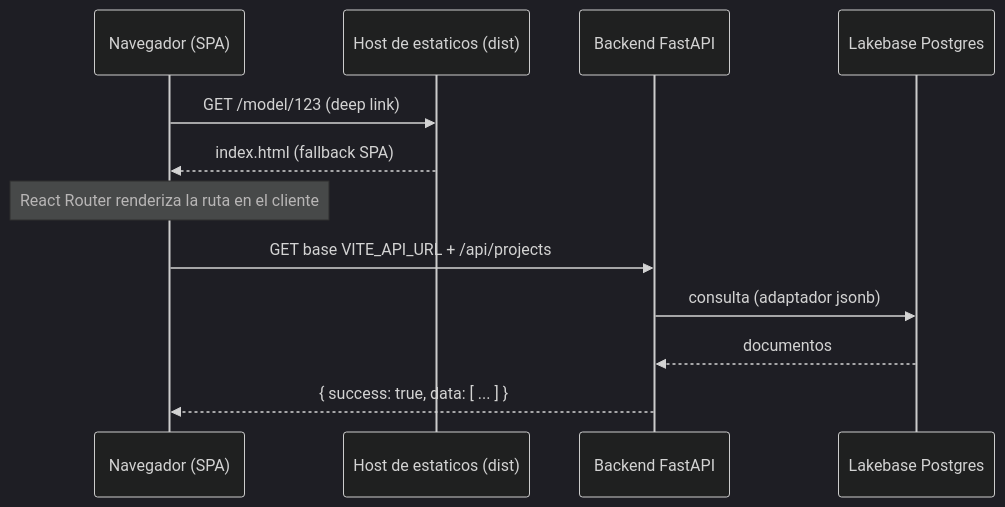
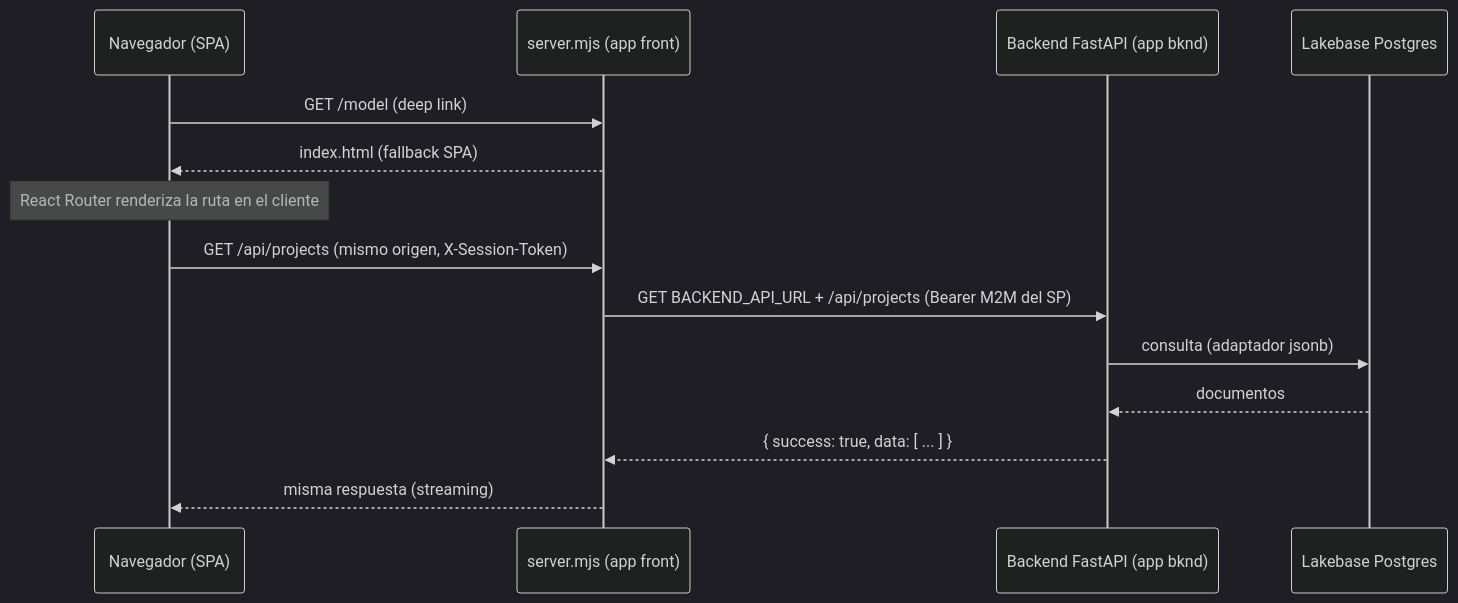
Before and after one commit to Carlosmps97/web-data-model-hub: the second of 3 diagrams in doc/deployment.md, drawn with Mermaid (dark theme). The commit also changed other lines of this file and 8 other files, not shown here.

````diff
--- a/doc/deployment.md
+++ b/doc/deployment.md
@@ -253,14 +316,16 @@
 ```mermaid
 sequenceDiagram
     participant U as Navegador (SPA)
-    participant S as Host de estaticos (dist)
-    participant B as Backend FastAPI
+    participant S as server.mjs (app front)
+    participant B as Backend FastAPI (app bknd)
     participant C as Lakebase Postgres
-    U->>S: GET /model/123 (deep link)
+    U->>S: GET /model (deep link)
     S-->>U: index.html (fallback SPA)
     Note over U: React Router renderiza la ruta en el cliente
-    U->>B: GET base VITE_API_URL + /api/projects
+    U->>S: GET /api/projects (mismo origen, X-Session-Token)
+    S->>B: GET BACKEND_API_URL + /api/projects (Bearer M2M del SP)
     B->>C: consulta (adaptador jsonb)
     C-->>B: documentos
-    B-->>U: { success: true, data: [ ... ] }
+    B-->>S: { success: true, data: [ ... ] }
+    S-->>U: misma respuesta (streaming)
 ```
````
